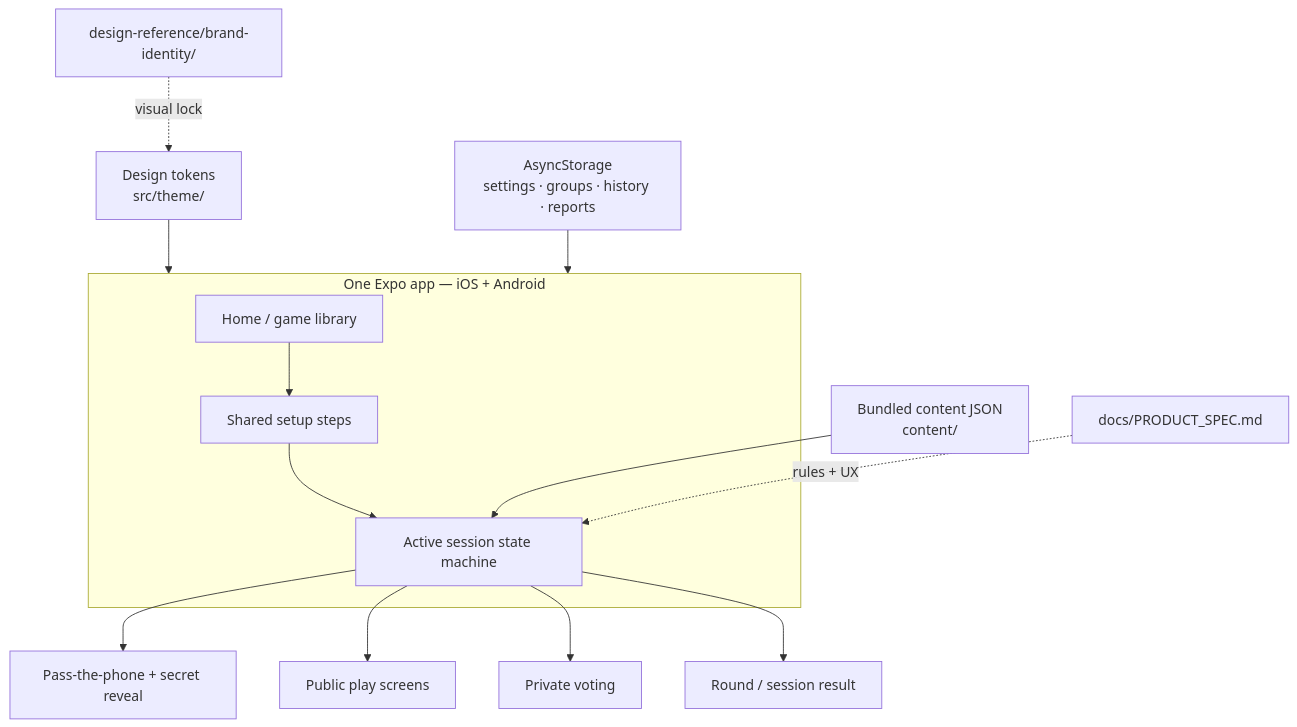
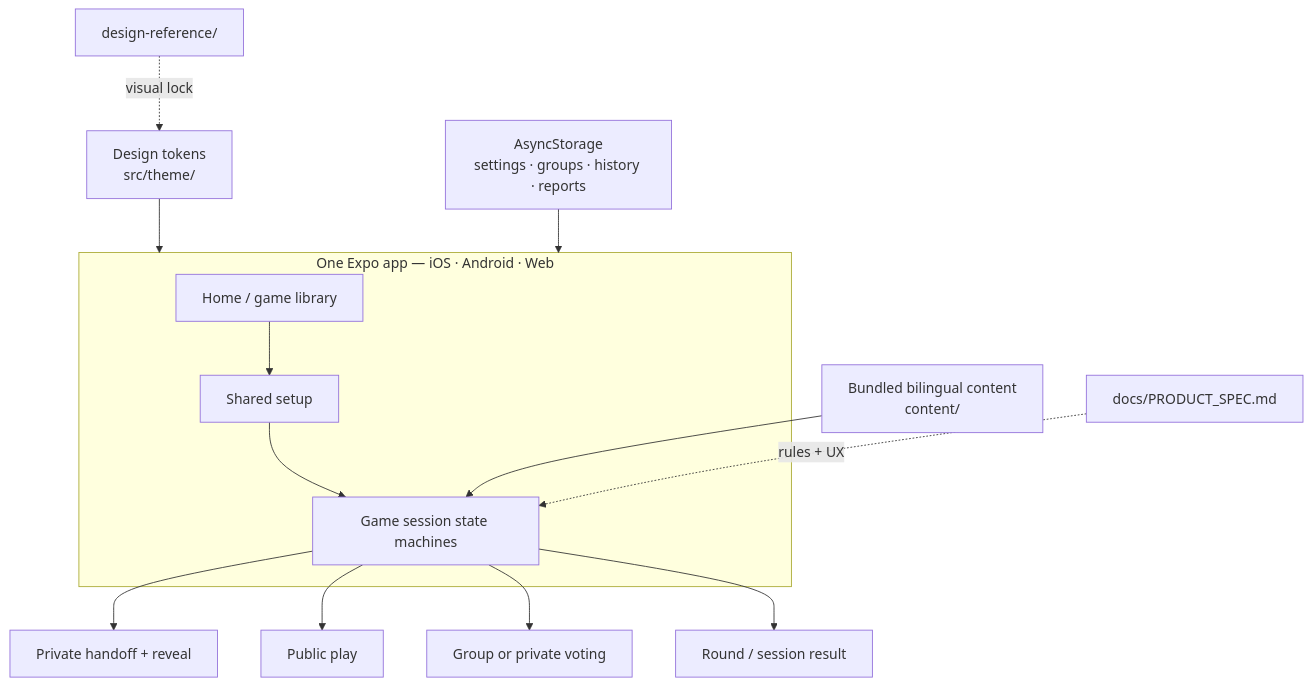
Before and after one commit to fahmiss/Chereka-Chewata: the diagram in README.md, drawn with Mermaid. The commit also changed other lines of this file and 1 other file, not shown here.

````diff
--- a/README.md
+++ b/README.md
@@ -33,23 +88,23 @@
 ```mermaid
 flowchart TB
-    subgraph Surfaces["One Expo app — iOS + Android"]
+    subgraph Surfaces["One Expo app — iOS · Android · Web"]
         Home["Home / game library"]
-        Setup["Shared setup steps"]
-        Session["Active session state machine"]
+        Setup["Shared setup"]
+        Session["Game session state machines"]
     end
 
     Home --> Setup
     Setup --> Session
 
-    Session --> Handoff["Pass-the-phone + secret reveal"]
-    Session --> Play["Public play screens"]
-    Session --> Vote["Private voting"]
+    Session --> Handoff["Private handoff + reveal"]
+    Session --> Play["Public play"]
+    Session --> Vote["Group or private voting"]
     Session --> Result["Round / session result"]
 
-    Content["Bundled content JSON<br/>content/"] --> Session
+    Content["Bundled bilingual content<br/>content/"] --> Session
     Tokens["Design tokens<br/>src/theme/"] --> Surfaces
     Storage["AsyncStorage<br/>settings · groups · history · reports"] --> Surfaces
 
     Spec["docs/PRODUCT_SPEC.md"] -.->|rules + UX| Session
-    Brand["design-reference/brand-identity/"] -.->|visual lock| Tokens
+    Brand["design-reference/"] -.->|visual lock| Tokens
 ```
````
